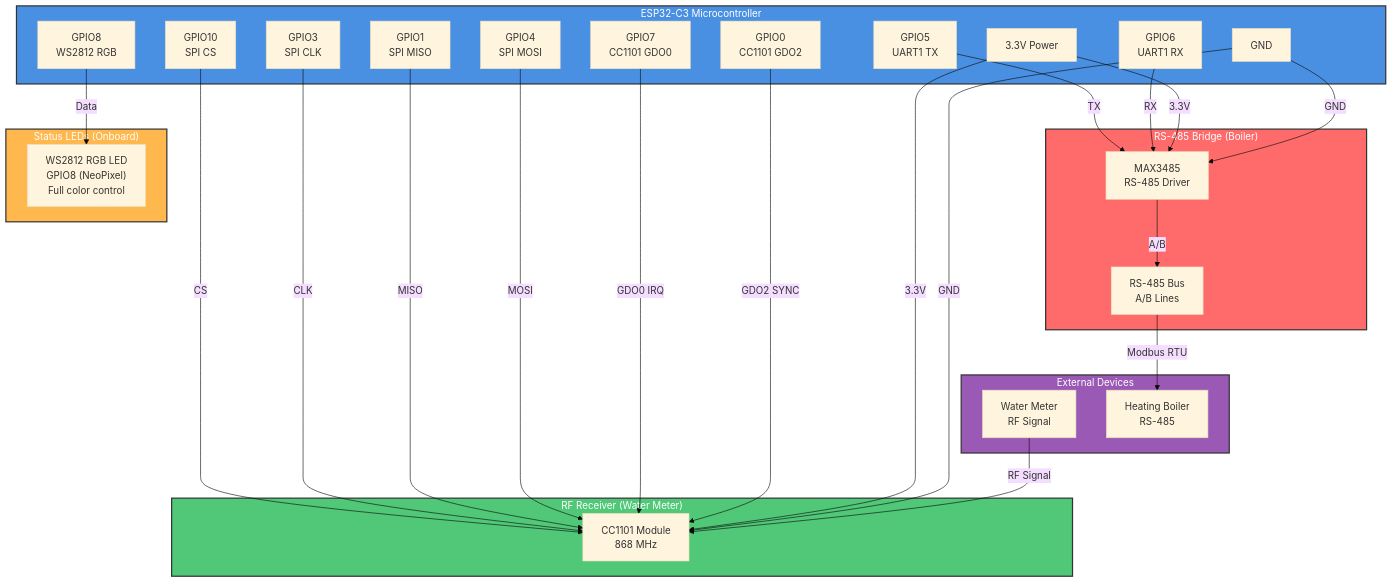
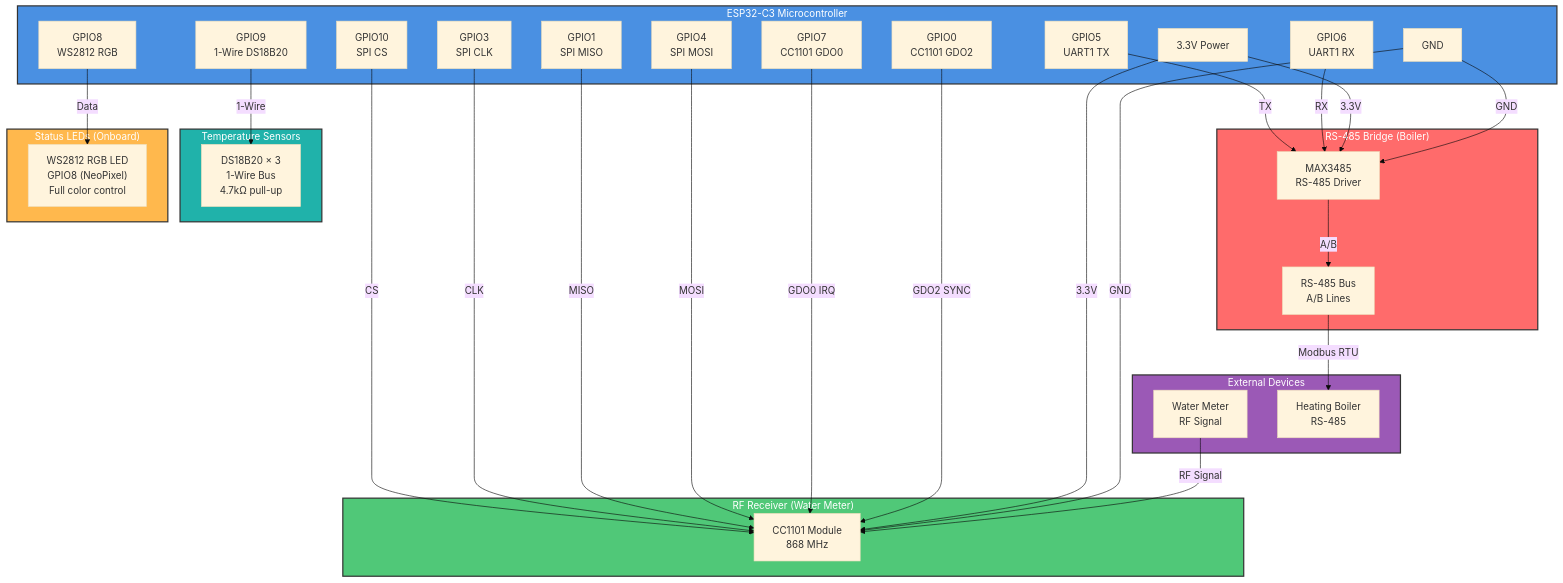
One commit to krzysiekbielicki/water-meter-and-boiler-device changed the diagram in hardware-config.md. Above: the diagram before and after it, drawn with Mermaid (base theme). The commit also changed other lines of this file, not shown here.

First line of the commit message:
hardware-config: assign GPIO9 to DS18B20, fix GPIO2 flash warning

````diff
--- a/hardware-config.md
+++ b/hardware-config.md
@@ -219,62 +229,71 @@
 ```mermaid
 graph TB
     subgraph ESP["ESP32-C3 Microcontroller"]
         GPIO0["GPIO0<br/>CC1101 GDO2"]
         GPIO1["GPIO1<br/>SPI MISO"]
         GPIO3["GPIO3<br/>SPI CLK"]
         GPIO4["GPIO4<br/>SPI MOSI"]
         GPIO5["GPIO5<br/>UART1 TX"]
         GPIO6["GPIO6<br/>UART1 RX"]
         GPIO7["GPIO7<br/>CC1101 GDO0"]
         GPIO8["GPIO8<br/>WS2812 RGB"]
+        GPIO9["GPIO9<br/>1-Wire DS18B20"]
         GPIO10["GPIO10<br/>SPI CS"]
         PWR3V3["3.3V Power"]
         GND["GND"]
     end
     
     subgraph RF["RF Receiver (Water Meter)"]
         CC1101["CC1101 Module<br/>868 MHz"]
     end
     
     subgraph RS["RS-485 Bridge (Boiler)"]
         MAX3485["MAX3485<br/>RS-485 Driver"]
         RS485BUS["RS-485 Bus<br/>A/B Lines"]
+    end
+    
+    subgraph TEMP["Temperature Sensors"]
+        DS18B20["DS18B20 × 3<br/>1-Wire Bus<br/>4.7kΩ pull-up"]
     end
     
     subgraph IO["Status LEDs (Onboard)"]
         LED["WS2812 RGB LED<br/>GPIO8 (NeoPixel)<br/>Full color control"]
     end
     
     subgraph EXT["External Devices"]
         METER["Water Meter<br/>RF Signal"]
         BOILER["Heating Boiler<br/>RS-485"]
     end
     
     %% RF Connections
     GPIO10 -->|CS| CC1101
     GPIO3 -->|CLK| CC1101
     GPIO1 -->|MISO| CC1101
     GPIO4 -->|MOSI| CC1101
     GPIO7 -->|GDO0 IRQ| CC1101
     GPIO0 -->|GDO2 SYNC| CC1101
     PWR3V3 -->|3.3V| CC1101
     GND -->|GND| CC1101
     METER -->|RF Signal| CC1101
     
     %% RS-485 Connections
     GPIO5 -->|TX| MAX3485
     GPIO6 -->|RX| MAX3485
     PWR3V3 -->|3.3V| MAX3485
     GND -->|GND| MAX3485
     MAX3485 -->|A/B| RS485BUS
     RS485BUS -->|Modbus RTU| BOILER
     
+    %% 1-Wire Connections
+    GPIO9 -->|1-Wire| DS18B20
+    
     %% I/O Connections
     GPIO8 -->|Data| LED
     
     style ESP fill:#4A90E2,stroke:#333,stroke-width:2px,color:#fff
     style RF fill:#50C878,stroke:#333,stroke-width:2px,color:#fff
     style RS fill:#FF6B6B,stroke:#333,stroke-width:2px,color:#fff
+    style TEMP fill:#20B2AA,stroke:#333,stroke-width:2px,color:#fff
     style IO fill:#FFB84D,stroke:#333,stroke-width:2px,color:#fff
     style EXT fill:#9B59B6,stroke:#333,stroke-width:2px,color:#fff
 ```
````
